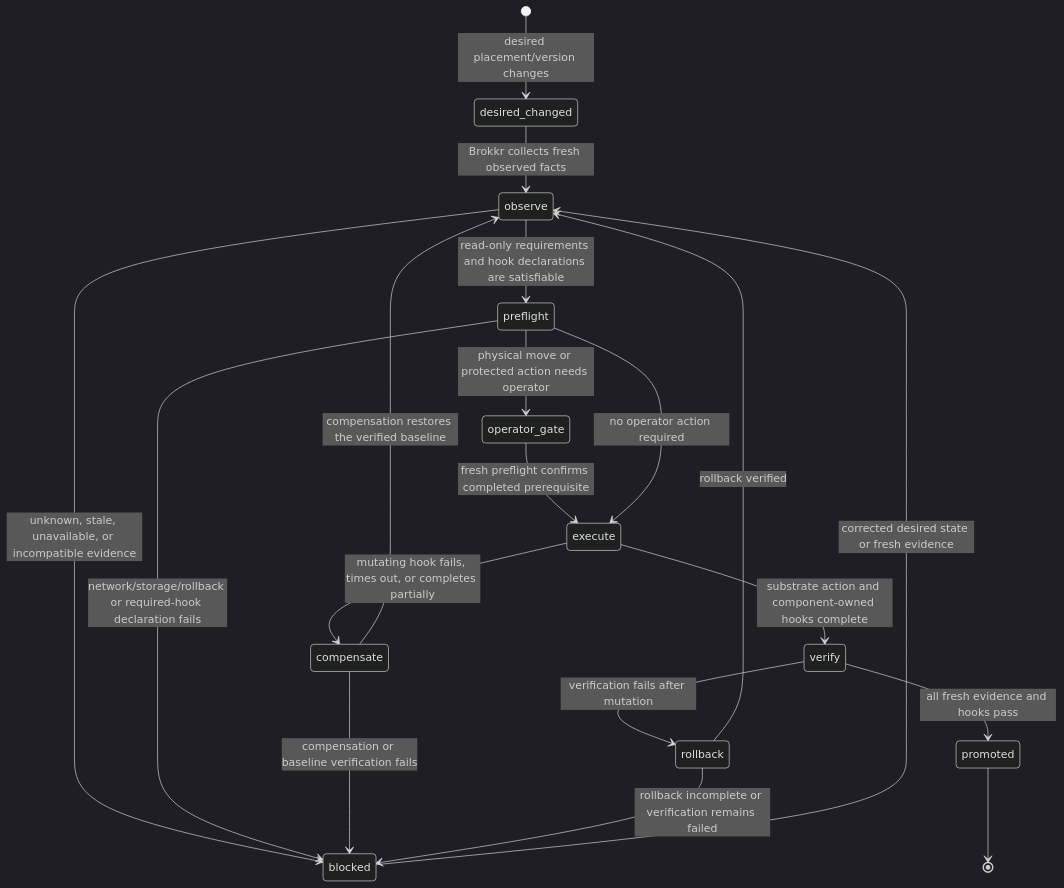
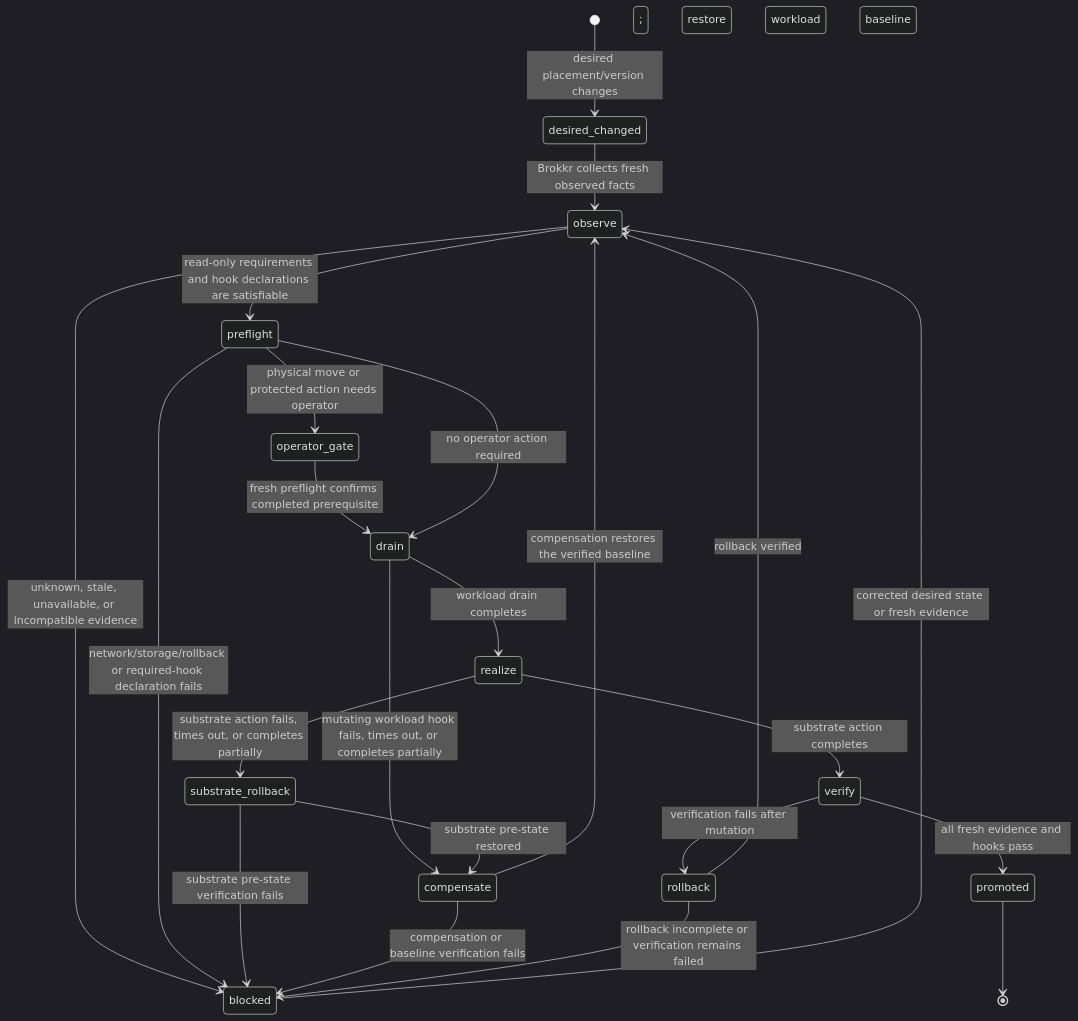
Before and after one commit to Magnus-Gille/grimnir: the diagram in docs/adr-007-node-substrate-contract.md, drawn with Mermaid (dark theme). The commit also changed other lines of this file and 3 other files, not shown here.

Commit message:
docs: require substrate partial rollback

````diff
--- a/docs/adr-007-node-substrate-contract.md
+++ b/docs/adr-007-node-substrate-contract.md
@@ -40,21 +40,25 @@
 ```mermaid
 stateDiagram-v2
     [*] --> desired_changed: desired placement/version changes
     desired_changed --> observe: Brokkr collects fresh observed facts
     observe --> blocked: unknown, stale, unavailable, or incompatible evidence
     observe --> preflight: read-only requirements and hook declarations are satisfiable
     preflight --> blocked: network/storage/rollback or required-hook declaration fails
     preflight --> operator_gate: physical move or protected action needs operator
-    operator_gate --> execute: fresh preflight confirms completed prerequisite
-    preflight --> execute: no operator action required
-    execute --> compensate: mutating hook fails, times out, or completes partially
-    execute --> verify: substrate action and component-owned hooks complete
+    operator_gate --> drain: fresh preflight confirms completed prerequisite
+    preflight --> drain: no operator action required
+    drain --> compensate: mutating workload hook fails, times out, or completes partially
+    drain --> realize: workload drain completes
+    realize --> substrate_rollback: substrate action fails, times out, or completes partially
+    realize --> verify: substrate action completes
+    substrate_rollback --> blocked: substrate pre-state verification fails
+    substrate_rollback --> compensate: substrate pre-state restored; restore workload baseline
     compensate --> blocked: compensation or baseline verification fails
     compensate --> observe: compensation restores the verified baseline
     verify --> promoted: all fresh evidence and hooks pass
     verify --> rollback: verification fails after mutation
     rollback --> blocked: rollback incomplete or verification remains failed
     rollback --> observe: rollback verified
     blocked --> observe: corrected desired state or fresh evidence
     promoted --> [*]
 ```
````
